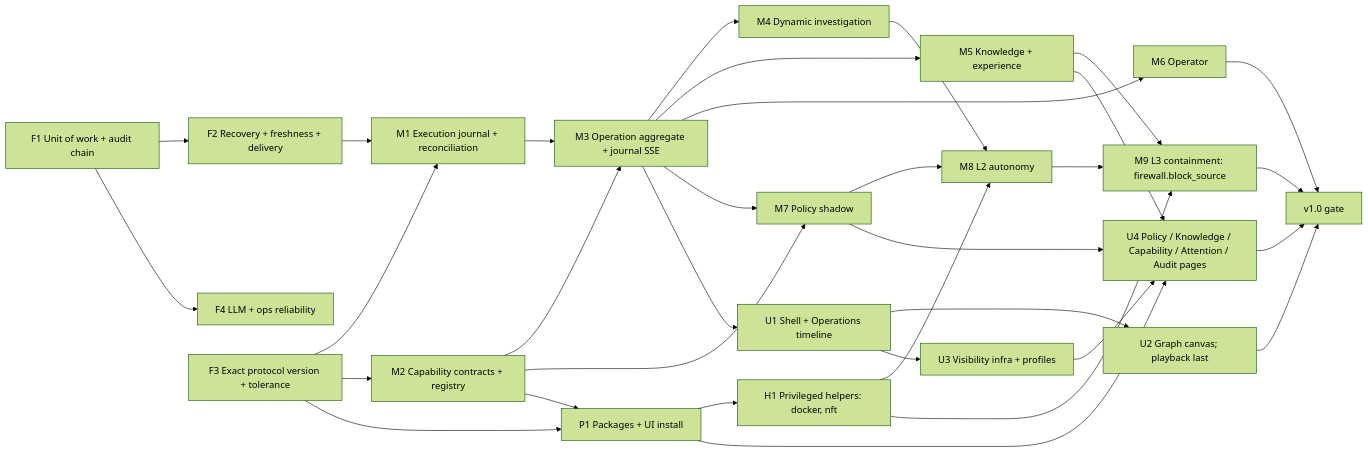
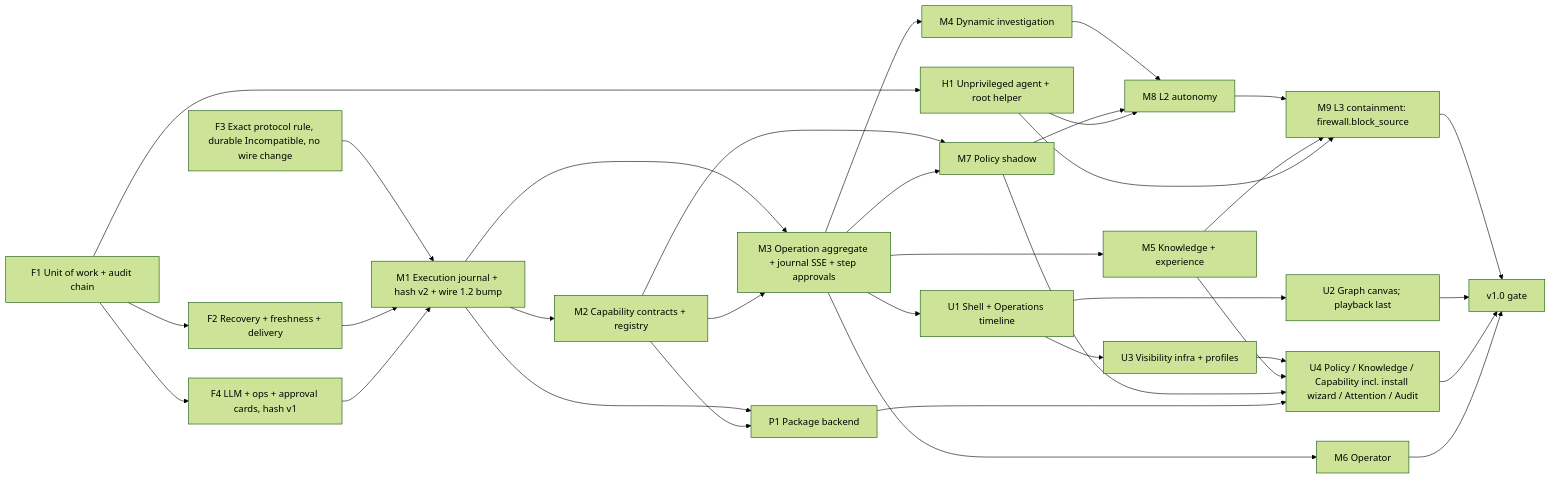
Before and after one commit to RoastSlav/domovoi: the diagram in docs/rework/06-implementation-roadmap.md, drawn with Mermaid (forest theme). The commit also changed other lines of this file and 28 other files, not shown here.

````diff
--- a/docs/rework/06-implementation-roadmap.md
+++ b/docs/rework/06-implementation-roadmap.md
@@ -9,35 +9,36 @@
 ```mermaid
 flowchart LR
   F1[F1 Unit of work + audit chain] --> F2[F2 Recovery + freshness + delivery]
-  F1 --> F4[F4 LLM + ops reliability]
-  F3[F3 Exact protocol version + tolerance] --> M1
-  F2 --> M1[M1 Execution journal + reconciliation]
-  F3 --> M2[M2 Capability contracts + registry]
-  M1 --> M3[M3 Operation aggregate + journal SSE]
+  F1 --> F4[F4 LLM + ops + approval cards, hash v1]
+  F3[F3 Exact protocol rule, durable Incompatible, no wire change] --> M1
+  F2 --> M1[M1 Execution journal + hash v2 + wire 1.2 bump]
+  F4 --> M1
+  F1 --> H1[H1 Unprivileged agent + root helper]
+  M1 --> M2[M2 Capability contracts + registry]
+  M1 --> M3[M3 Operation aggregate + journal SSE + step approvals]
   M2 --> M3
   M3 --> M4[M4 Dynamic investigation]
   M3 --> M5[M5 Knowledge + experience]
   M3 --> M6[M6 Operator]
   M2 --> M7[M7 Policy shadow]
   M3 --> M7
-  M2 --> P1[P1 Packages + UI install]
-  F3 --> P1
-  P1 --> H1[H1 Privileged helpers: docker, nft]
+  M1 --> P1[P1 Package backend]
+  M2 --> P1
   M4 --> M8[M8 L2 autonomy]
   M7 --> M8
   H1 --> M8
   M8 --> M9[M9 L3 containment: firewall.block_source]
   M5 --> M9
   H1 --> M9
   M3 --> U1[U1 Shell + Operations timeline]
   U1 --> U2[U2 Graph canvas; playback last]
   U1 --> U3[U3 Visibility infra + profiles]
-  U3 --> U4[U4 Policy / Knowledge / Capability / Attention / Audit pages]
+  U3 --> U4[U4 Policy / Knowledge / Capability incl. install wizard / Attention / Audit]
   M5 --> U4
   M7 --> U4
   P1 --> U4
   M9 --> V1[v1.0 gate]
   U2 --> V1
   U4 --> V1
   M6 --> V1
 ```
````
